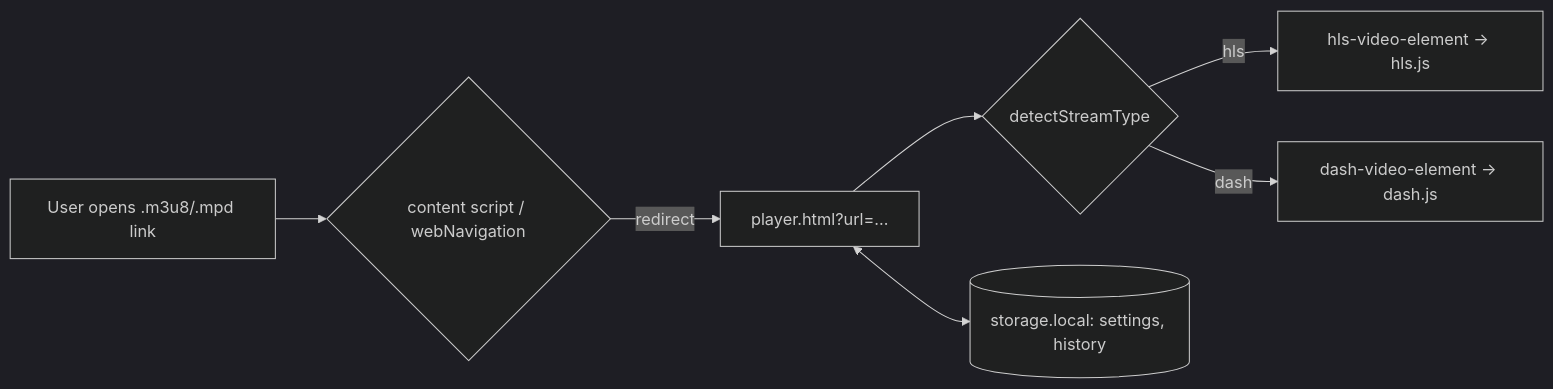
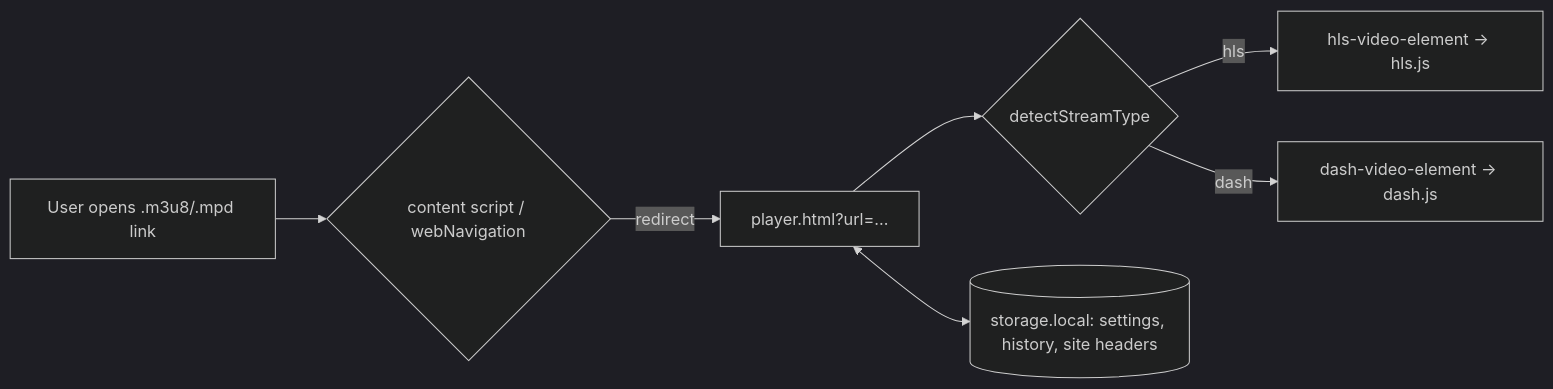
The diagram in docs/architecture.md (bishaldahal/M3U8-HLS-Player-with-Custom-Controls), drawn with Mermaid (dark theme) before and after one commit. The commit also changed other lines of this file and 1 other file, not shown here.

Commit message:
docs: describe site headers, stream detection and header rules

````diff
--- a/docs/architecture.md
+++ b/docs/architecture.md
@@ -31,9 +35,9 @@
 ```mermaid
 flowchart LR
   A[User opens .m3u8/.mpd link] --> B{content script / webNavigation}
   B -->|redirect| C[player.html?url=...]
   C --> D{detectStreamType}
   D -->|hls| E[hls-video-element → hls.js]
   D -->|dash| F[dash-video-element → dash.js]
-  C <--> G[(storage.local: settings, history)]
+  C <--> G[(storage.local: settings, history, site headers)]
 ```
````
